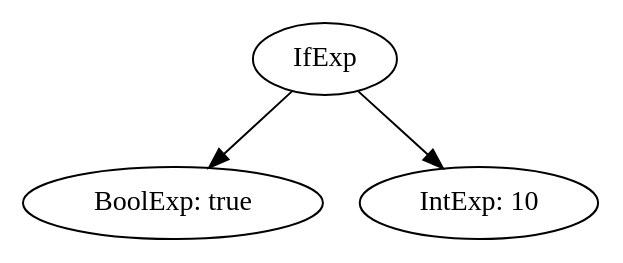
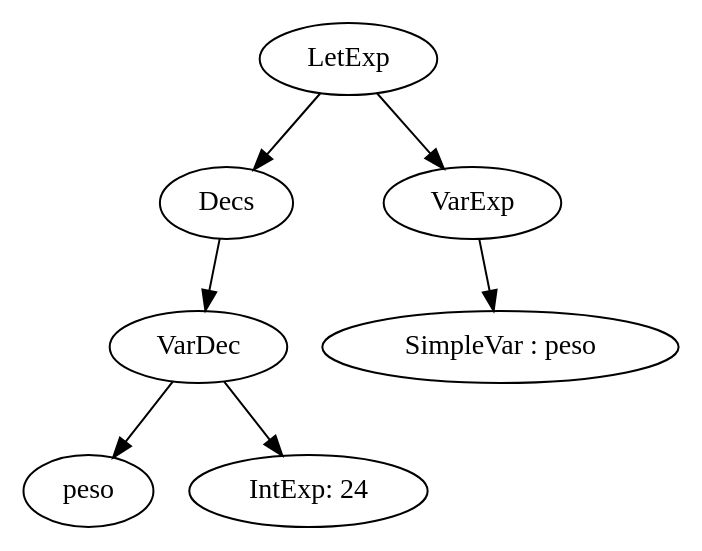
The diagram in test1.dot (ailtonjapaitpaeva/Compiladores), drawn with Graphviz before and after one commit. The commit also changed 10 other files, not shown here.

```diff
--- a/test1.dot
+++ b/test1.dot
@@ -1,7 +1,15 @@
 digraph AST {
-	root [label="IfExp"];
-		root_1 [label="BoolExp: true"];
+	root [label="LetExp"];
+		root_1 [label="Decs"];
+			root_1_1 [label="VarDec"];
+				root_1_1_1 [label="peso"];
+			root_1_1 -> root_1_1_1;
+				root_1_1_2 [label="IntExp: 24"];
+			root_1_1 -> root_1_1_2;
+		root_1 -> root_1_1;
 	root -> root_1;
-		root_2 [label="IntExp: 10"];
+		root_2 [label="VarExp"];
+			root_2_1 [label="SimpleVar : peso"];
+		root_2 -> root_2_1;
 	root -> root_2;
 }
```
